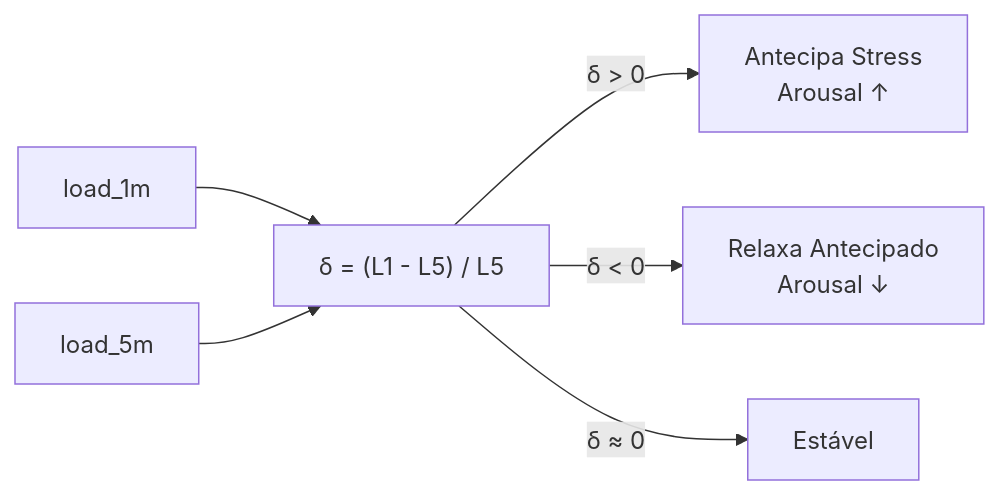
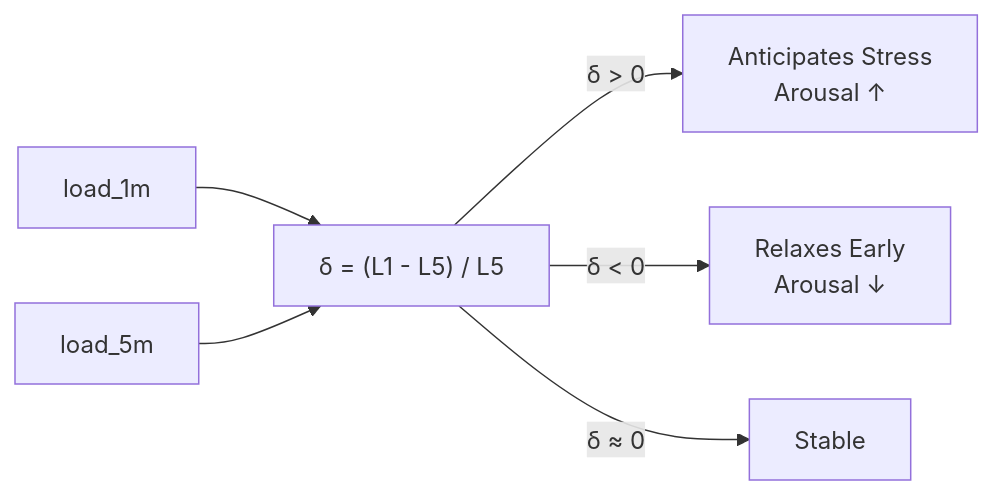
One commit to gabrielmaialva33/viva changed diagram 11 of 17 in docs/en/explanation/project-status.md. Above: the diagram before and after it, drawn with Mermaid. The commit also changed other lines of this file and 29 other files, not shown here.

````diff
--- a/docs/en/explanation/project-status.md
+++ b/docs/en/explanation/project-status.md
@@ -322,9 +322,9 @@
 ```mermaid
 flowchart LR
     L1["load_1m"] --> DELTA["δ = (L1 - L5) / L5"]
     L5["load_5m"] --> DELTA
 
-    DELTA -->|"δ > 0"| ANTIC["Antecipa Stress<br/>Arousal ↑"]
-    DELTA -->|"δ < 0"| RELAX["Relaxa Antecipado<br/>Arousal ↓"]
-    DELTA -->|"δ ≈ 0"| STABLE["Estável"]
+    DELTA -->|"δ > 0"| ANTIC["Anticipates Stress<br/>Arousal ↑"]
+    DELTA -->|"δ < 0"| RELAX["Relaxes Early<br/>Arousal ↓"]
+    DELTA -->|"δ ≈ 0"| STABLE["Stable"]
 ```
````
